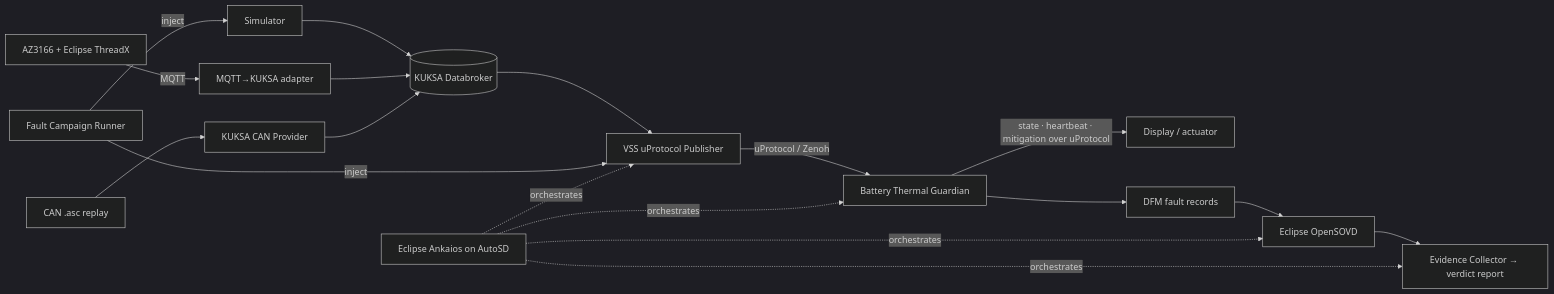
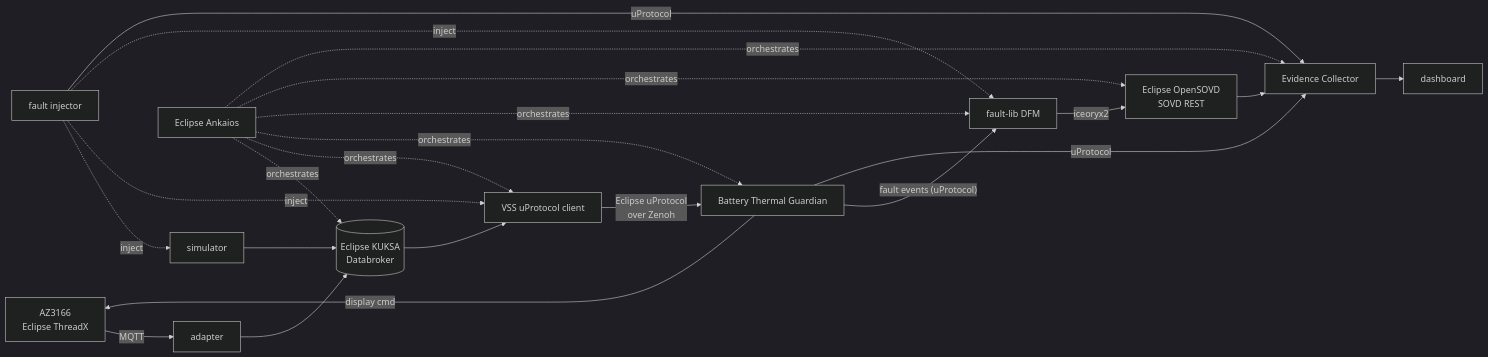
One commit to Eclipse-SDV-Hackathon-Chapter-Four/RoM changed the diagram in README.md. Above: the diagram before and after it, drawn with Mermaid (dark theme). The commit also changed other lines of this file and 2 other files, not shown here.

First line of the commit message:
docs(readme): concise overview, Eclipse projects map, results, declaration of prepared code and AI use

````diff
--- a/README.md
+++ b/README.md
@@ -327,17 +36,16 @@
 ```mermaid
 flowchart LR
-  HW[AZ3166 + Eclipse ThreadX] -->|MQTT| AD[MQTT→KUKSA adapter]
-  ASC[CAN .asc replay] --> CANP[KUKSA CAN Provider]
-  SIM[Simulator] --> KDB
-  AD --> KDB[(KUKSA Databroker)]
-  CANP --> KDB
-  KDB --> PUB[VSS uProtocol Publisher]
-  FI[Fault Campaign Runner] -->|inject| PUB
-  FI -->|inject| SIM
-  PUB -->|uProtocol / Zenoh| G[Battery Thermal Guardian]
-  G -->|state · heartbeat · mitigation over uProtocol| DISP[Display / actuator]
-  G --> DFM[DFM fault records]
-  DFM --> SOVD[Eclipse OpenSOVD]
-  SOVD --> EV[Evidence Collector → verdict report]
-  ANK[Eclipse Ankaios on AutoSD] -. orchestrates .-> PUB & G & SOVD & EV
+  HW["AZ3166<br/>Eclipse ThreadX"] -->|MQTT| AD[adapter]
+  SIM[simulator] --> KDB
+  AD --> KDB[("Eclipse KUKSA<br/>Databroker")]
+  KDB --> PUB[VSS uProtocol client]
+  PUB -->|"Eclipse uProtocol<br/>over Zenoh"| G[Battery Thermal Guardian]
+  G -->|"fault events (uProtocol)"| DFM["fault-lib DFM"]
+  DFM -->|iceoryx2| SOVD["Eclipse OpenSOVD<br/>SOVD REST"]
+  G -->|display cmd| HW
+  FI[fault injector] -. inject .-> SIM & PUB & DFM
+  G & FI -->|uProtocol| EV[Evidence Collector]
+  SOVD --> EV
+  EV --> DASH[dashboard]
+  ANK["Eclipse Ankaios"] -. orchestrates .-> KDB & PUB & G & DFM & SOVD & EV
 ```
````
